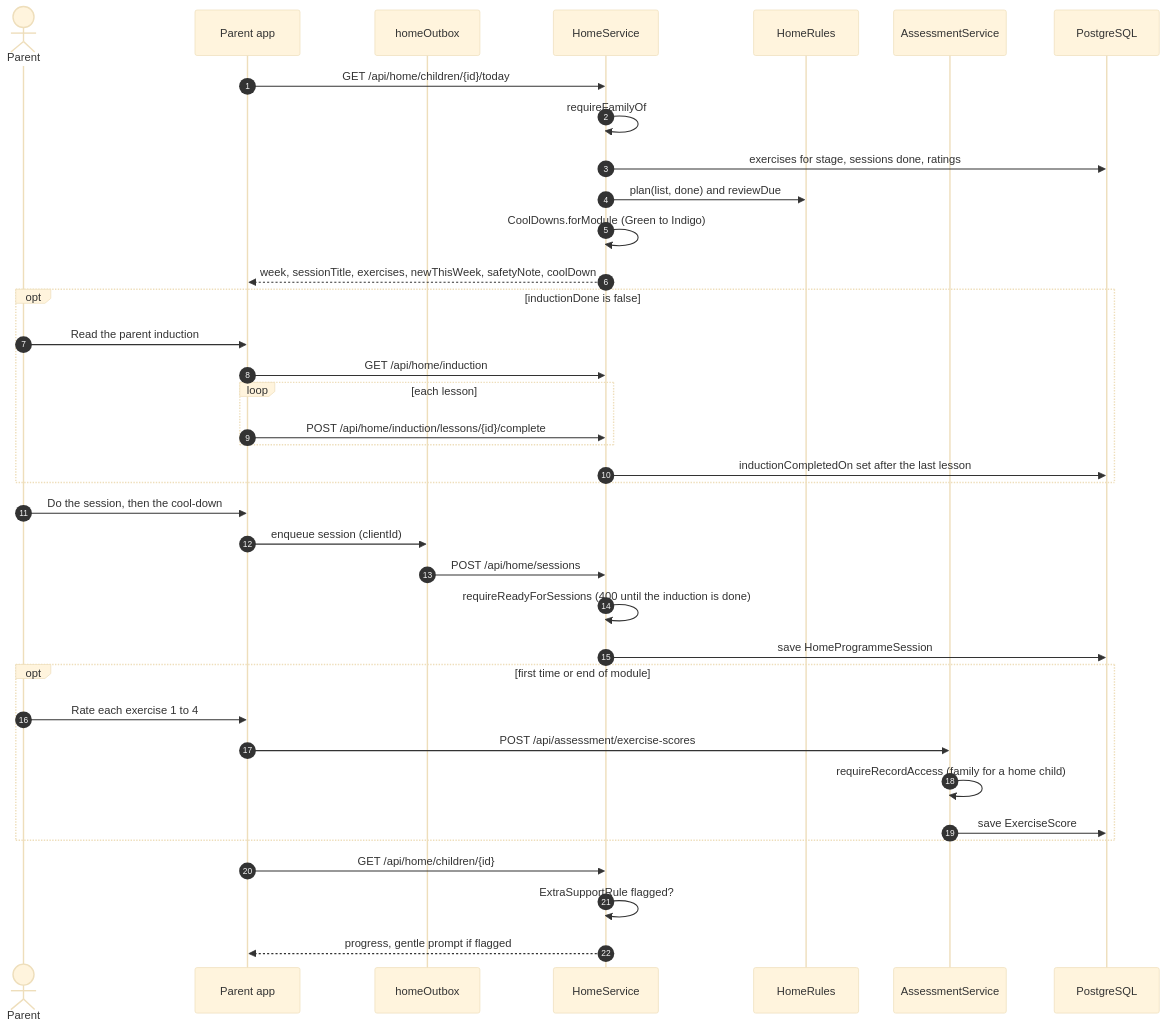
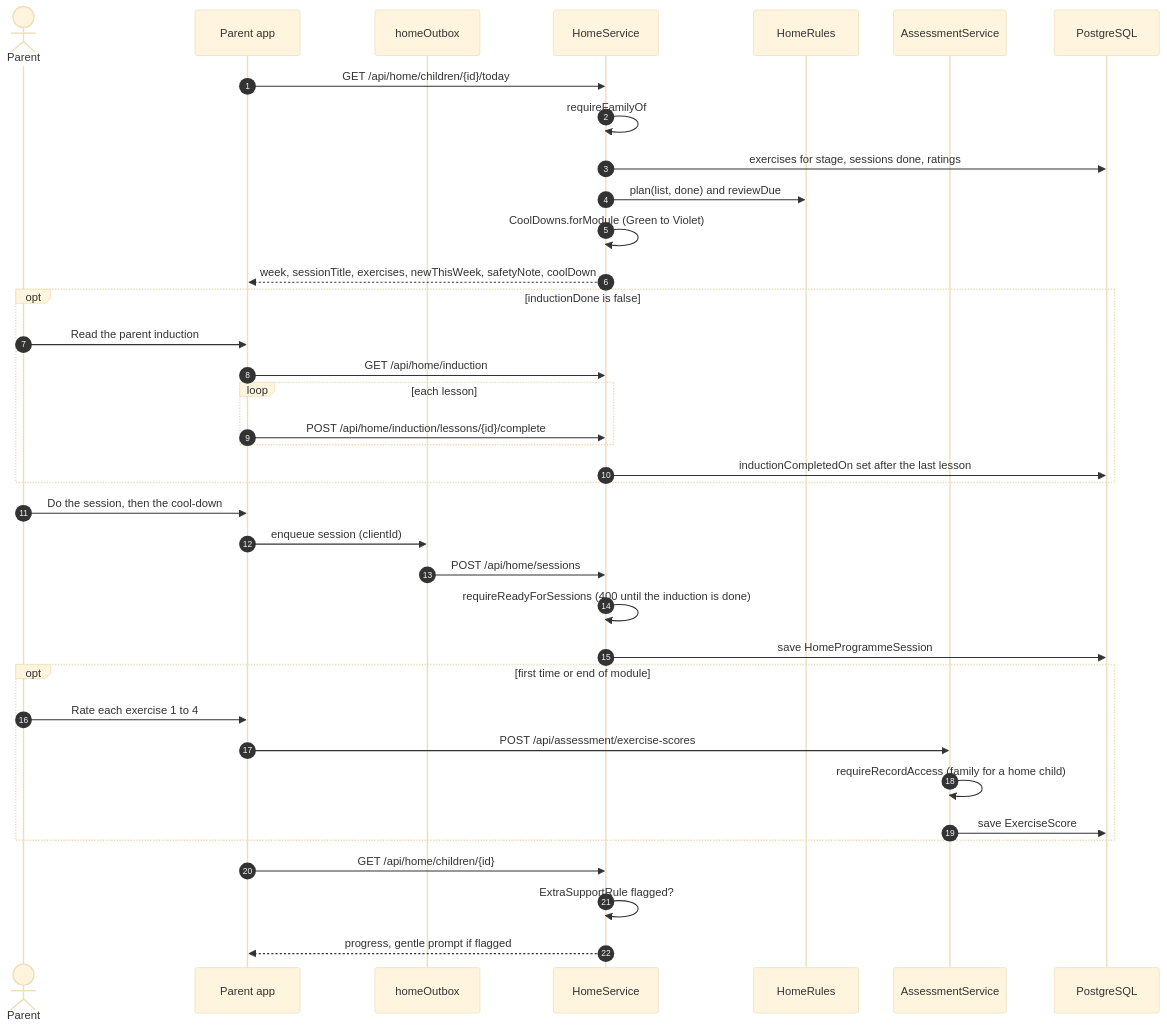
The second of 3 diagrams in docs/flows/5b-parent-motor-movers-at-home.md (ersagarnikam/MoterMoversPlatform), drawn with Mermaid (base theme) before and after one commit. The commit also changed other lines of this file and 37 other files, not shown here.

````diff
--- a/docs/flows/5b-parent-motor-movers-at-home.md
+++ b/docs/flows/5b-parent-motor-movers-at-home.md
@@ -69,39 +69,39 @@
 ```mermaid
 sequenceDiagram
   autonumber
   actor P as Parent
   participant A as Parent app
   participant Q as homeOutbox
   participant API as HomeService
   participant HR as HomeRules
   participant AS as AssessmentService
   participant DB as PostgreSQL
   A->>API: GET /api/home/children/{id}/today
   API->>API: requireFamilyOf
   API->>DB: exercises for stage, sessions done, ratings
   API->>HR: plan(list, done) and reviewDue
-  API->>API: CoolDowns.forModule (Green to Indigo)
+  API->>API: CoolDowns.forModule (Green to Violet)
   API-->>A: week, sessionTitle, exercises, newThisWeek, safetyNote, coolDown
   opt inductionDone is false
     P->>A: Read the parent induction
     A->>API: GET /api/home/induction
     loop each lesson
       A->>API: POST /api/home/induction/lessons/{id}/complete
     end
     API->>DB: inductionCompletedOn set after the last lesson
   end
   P->>A: Do the session, then the cool-down
   A->>Q: enqueue session (clientId)
   Q->>API: POST /api/home/sessions
   API->>API: requireReadyForSessions (400 until the induction is done)
   API->>DB: save HomeProgrammeSession
   opt first time or end of module
     P->>A: Rate each exercise 1 to 4
     A->>AS: POST /api/assessment/exercise-scores
     AS->>AS: requireRecordAccess (family for a home child)
     AS->>DB: save ExerciseScore
   end
   A->>API: GET /api/home/children/{id}
   API->>API: ExtraSupportRule flagged?
   API-->>A: progress, gentle prompt if flagged
 ```
````
